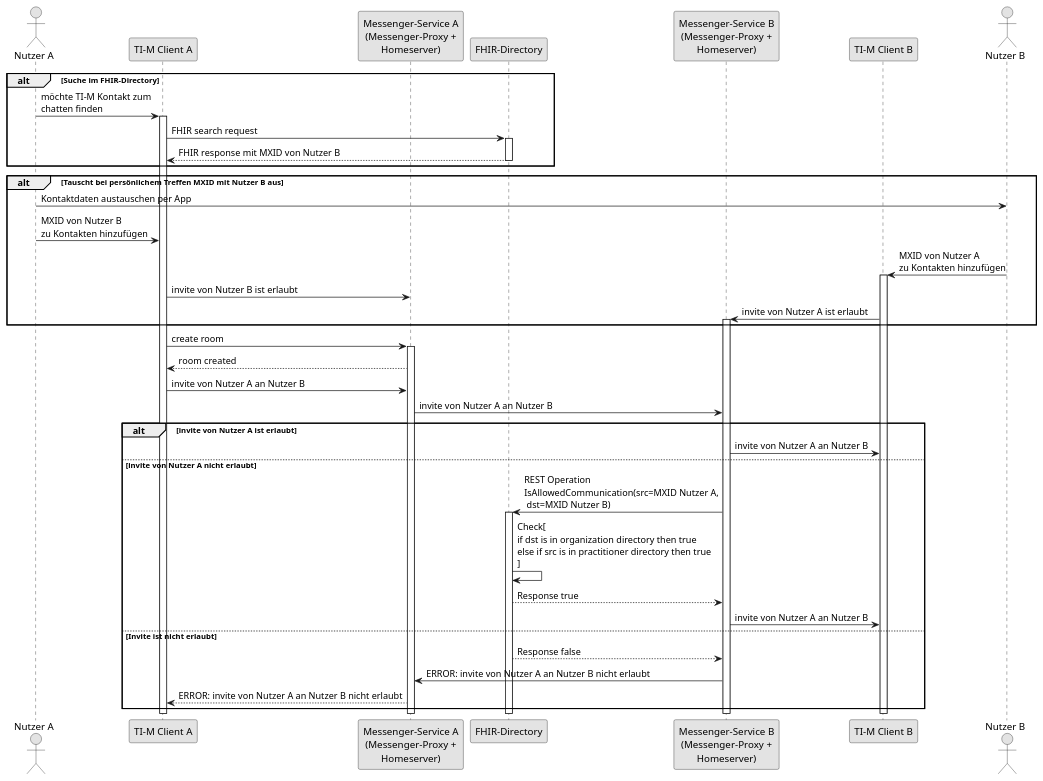
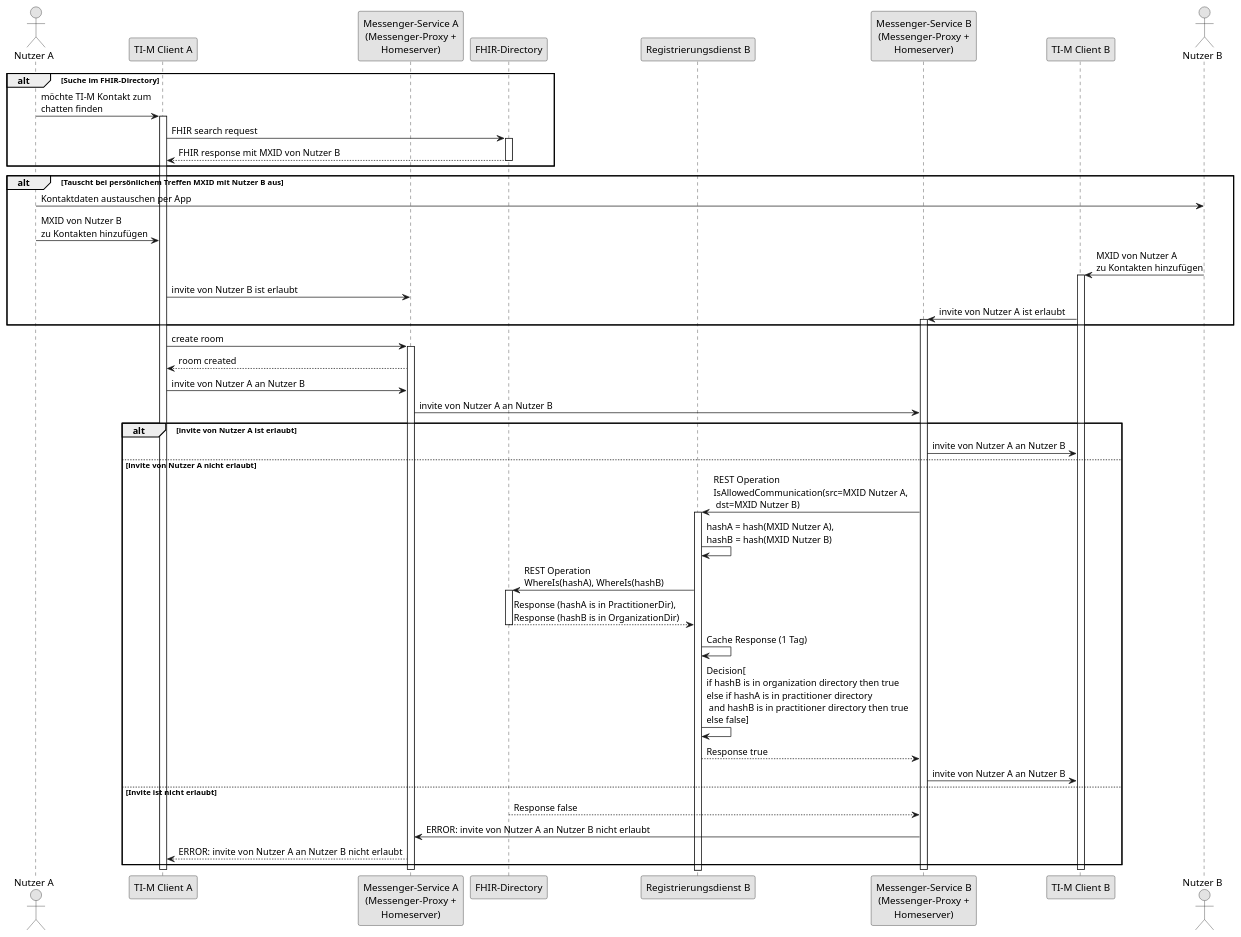
One commit to gematik/api-ti-messenger changed the diagram in src/plantuml/architecture/Communication_control_without_PASSporT.puml. Above: the diagram before and after it, drawn with PlantUML.

```diff
--- a/src/plantuml/architecture/Communication_control_without_PASSporT.puml
+++ b/src/plantuml/architecture/Communication_control_without_PASSporT.puml
@@ -1,56 +1,62 @@
 @startuml TI-Messenger communication control without PASSporT
 skinparam dpi 100
 skinparam WrapWidth 200
 skinparam monochrome true
 
 actor a as "Nutzer A"
 participant cl as "TI-M Client A"
 participant mp as "Messenger-Service A\n(Messenger-Proxy +\nHomeserver)"
 participant fd as "FHIR-Directory"
+participant rdb as "Registrierungsdienst B"
 participant mpb as "Messenger-Service B\n(Messenger-Proxy +\nHomeserver)"
 participant clb as "TI-M Client B"
 actor b as "Nutzer B"
 
 alt Suche im FHIR-Directory
 a -> cl: möchte TI-M Kontakt zum\nchatten finden
 activate cl
 cl -> fd: FHIR search request
 activate fd
 fd --> cl: FHIR response mit MXID von Nutzer B
 deactivate fd
 end
 alt Tauscht bei persönlichem Treffen MXID mit Nutzer B aus
 a -> b: Kontaktdaten austauschen per App
 a -> cl: MXID von Nutzer B\nzu Kontakten hinzufügen
 b -> clb: MXID von Nutzer A\nzu Kontakten hinzufügen
 activate clb
 cl -> mp: invite von Nutzer B ist erlaubt
 clb -> mpb: invite von Nutzer A ist erlaubt
 activate mpb
 end
 cl -> mp: create room
 activate mp
 mp --> cl: room created
 
 ' Invite
 cl -> mp: invite von Nutzer A an Nutzer B
 mp -> mpb: invite von Nutzer A an Nutzer B
 alt invite von Nutzer A ist erlaubt
 mpb -> clb: invite von Nutzer A an Nutzer B
 else invite von Nutzer A nicht erlaubt
-mpb -> fd: REST Operation\nIsAllowedCommunication(src=MXID Nutzer A,\n dst=MXID Nutzer B)
+mpb -> rdb: REST Operation\nIsAllowedCommunication(src=MXID Nutzer A,\n dst=MXID Nutzer B)
+activate rdb
+rdb -> rdb: hashA = hash(MXID Nutzer A),\nhashB = hash(MXID Nutzer B)
+rdb -> fd: REST Operation\nWhereIs(hashA), WhereIs(hashB)
 activate fd
-fd -> fd: Check[\nif dst is in organization directory then true\nelse if src is in practitioner directory then true\n]
-fd --> mpb: Response true
+fd --> rdb: Response (hashA is in PractitionerDir),\nResponse (hashB is in OrganizationDir)
+deactivate fd
+rdb -> rdb: Cache Response (1 Tag)
+rdb -> rdb: Decision[\nif hashB is in organization directory then true\nelse if hashA is in practitioner directory\n and hashB is in practitioner directory then true\nelse false]
+rdb --> mpb: Response true
 mpb -> clb: invite von Nutzer A an Nutzer B
 else Invite ist nicht erlaubt
 fd --> mpb: Response false
 mpb -> mp: ERROR: invite von Nutzer A an Nutzer B nicht erlaubt
 mp --> cl: ERROR: invite von Nutzer A an Nutzer B nicht erlaubt
 end
-deactivate fd
 deactivate clb
 deactivate mpb
 deactivate mp
 deactivate cl
 @enduml
```
